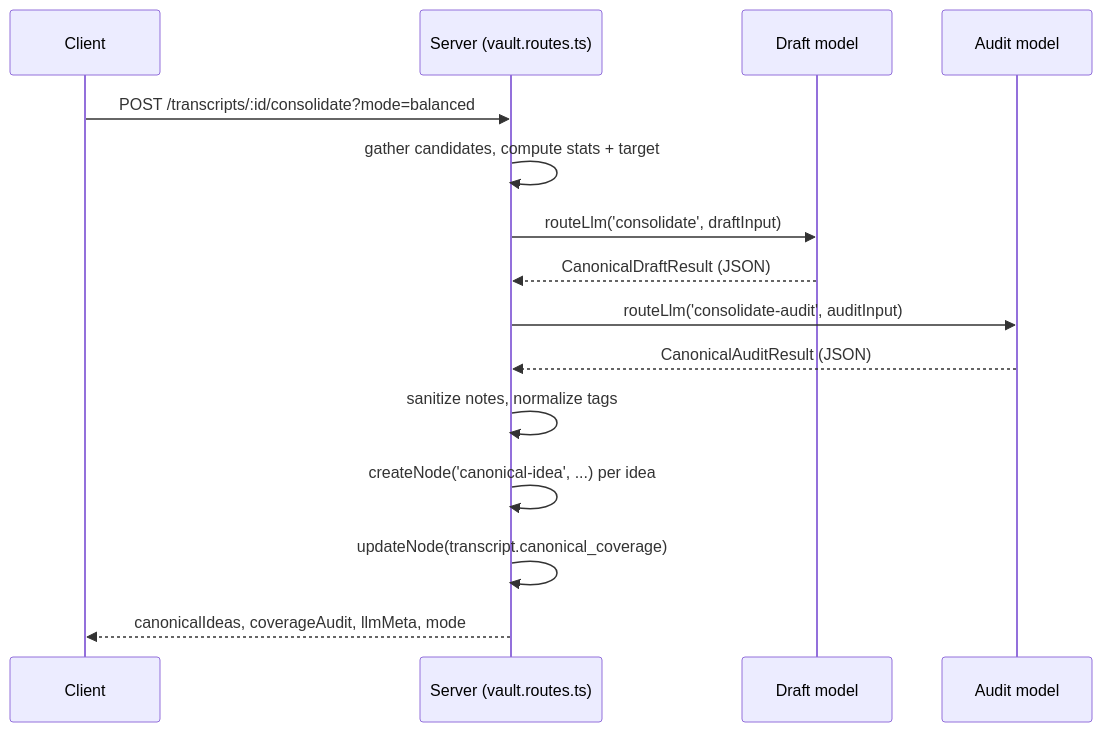
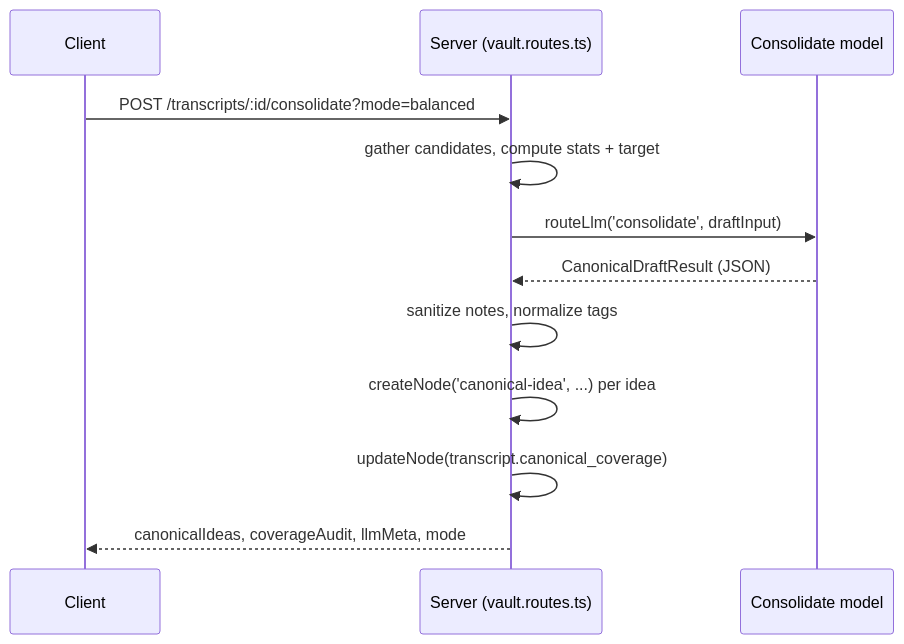
Before and after one commit to finografic/llaab: the third of 5 diagrams in docs/08_CANONICAL_IDEA_CONSOLIDATION.md, drawn with Mermaid. The commit also changed other lines of this file and 1 other file, not shown here.

First line of the commit message:
refactor(vault): run canonical consolidation as single 26b pass

````diff
--- a/docs/08_CANONICAL_IDEA_CONSOLIDATION.md
+++ b/docs/08_CANONICAL_IDEA_CONSOLIDATION.md
@@ -158,18 +153,15 @@
 ```mermaid
 sequenceDiagram
   participant Client
   participant Server as Server (vault.routes.ts)
-  participant Draft as Draft model
-  participant Audit as Audit model
+  participant Model as Consolidate model
 
   Client->>Server: POST /transcripts/:id/consolidate?mode=balanced
   Server->>Server: gather candidates, compute stats + target
-  Server->>Draft: routeLlm('consolidate', draftInput)
-  Draft-->>Server: CanonicalDraftResult (JSON)
-  Server->>Audit: routeLlm('consolidate-audit', auditInput)
-  Audit-->>Server: CanonicalAuditResult (JSON)
+  Server->>Model: routeLlm('consolidate', draftInput)
+  Model-->>Server: CanonicalDraftResult (JSON)
   Server->>Server: sanitize notes, normalize tags
   Server->>Server: createNode('canonical-idea', ...) per idea
   Server->>Server: updateNode(transcript.canonical_coverage)
   Server-->>Client: canonicalIdeas, coverageAudit, llmMeta, mode
 ```
````
